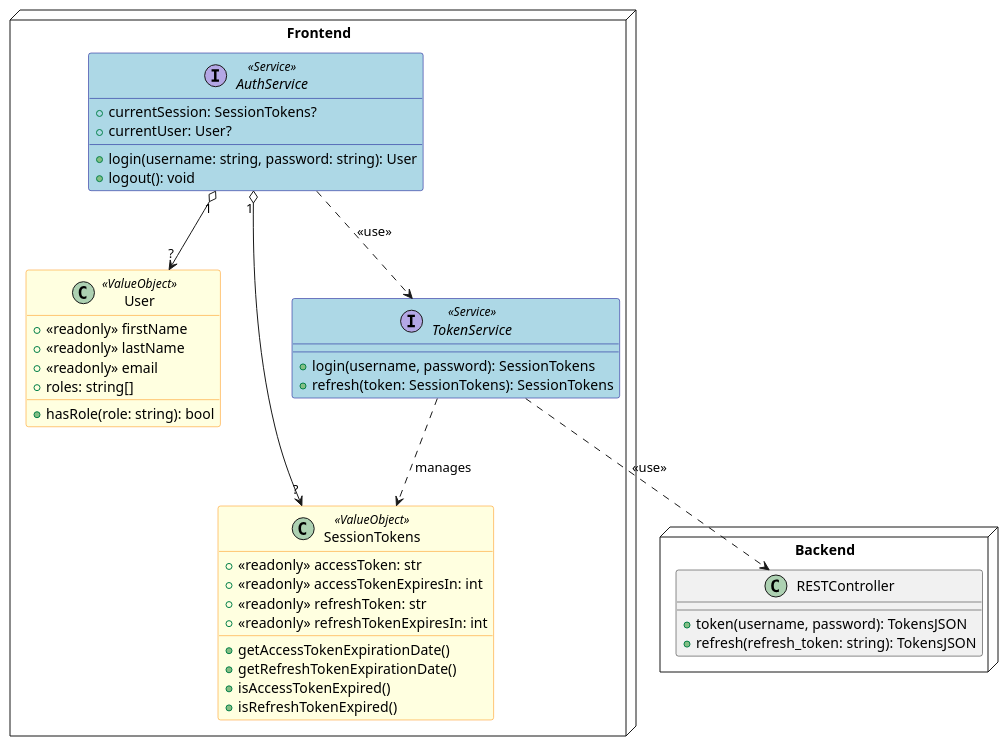
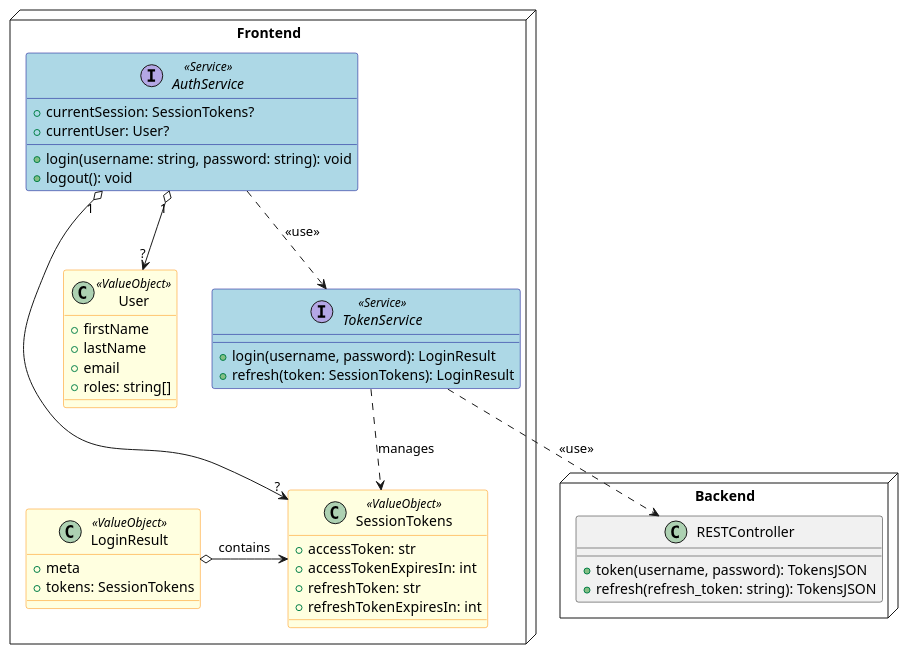
One commit to buecktobias/swe-buch-frontend changed the diagram in docs/authDiagram.puml. Above: the diagram before and after it, drawn with PlantUML. The commit also changed 7 other files, not shown here.

```diff
--- a/docs/authDiagram.puml
+++ b/docs/authDiagram.puml
@@ -1,59 +1,59 @@
 @startuml
 node Frontend{
 skinparam packageStyle rectangle
 skinparam class {
     BackgroundColor<<Service>> LightBlue
     BorderColor<<Service>> DarkBlue
 }
 
 skinparam class {
     BackgroundColor<<ValueObject>> LightYellow
     BorderColor<<ValueObject>> DarkOrange
 }
 
 
 class User<<ValueObject>>{
+    + firstName
+    + lastName
+    + email
+    + roles: string[]
+}
 
-    + <<readonly>> firstName
-    + <<readonly>> lastName
-    + <<readonly>> email
-    + roles: string[]
-    + hasRole(role: string): bool
+class LoginResult<<ValueObject>>{
+    + meta
+    + tokens: SessionTokens
 }
 
 class SessionTokens <<ValueObject>>{
-    + <<readonly>> accessToken: str
-    + <<readonly>> accessTokenExpiresIn: int
-    + <<readonly>> refreshToken: str
-    + <<readonly>> refreshTokenExpiresIn: int
-    + getAccessTokenExpirationDate()
-    + getRefreshTokenExpirationDate()
-    + isAccessTokenExpired()
-    + isRefreshTokenExpired()
+    + accessToken: str
+    + accessTokenExpiresIn: int
+    + refreshToken: str
+    + refreshTokenExpiresIn: int
 }
 
 interface AuthService<<Service>>{
     + currentSession: SessionTokens?
     + currentUser: User?
-    + login(username: string, password: string): User
+    + login(username: string, password: string): void
     + logout(): void
 }
 
 interface TokenService<<Service>>{
-    + login(username, password): SessionTokens
-    + refresh(token: SessionTokens): SessionTokens
+    + login(username, password): LoginResult
+    + refresh(token: SessionTokens): LoginResult
 }
 }
 node Backend{
     class RESTController{
         + token(username, password): TokensJSON
         + refresh(refresh_token: string): TokensJSON
     }
 }
 
 TokenService .down.> Backend.RESTController: <<use>>
 TokenService ..> SessionTokens: manages
 AuthService ..> TokenService: <<use>>
 AuthService "1" o--> "?" User
 AuthService "1" o--> "?" SessionTokens
+LoginResult o-> SessionTokens: contains
 @enduml
```
